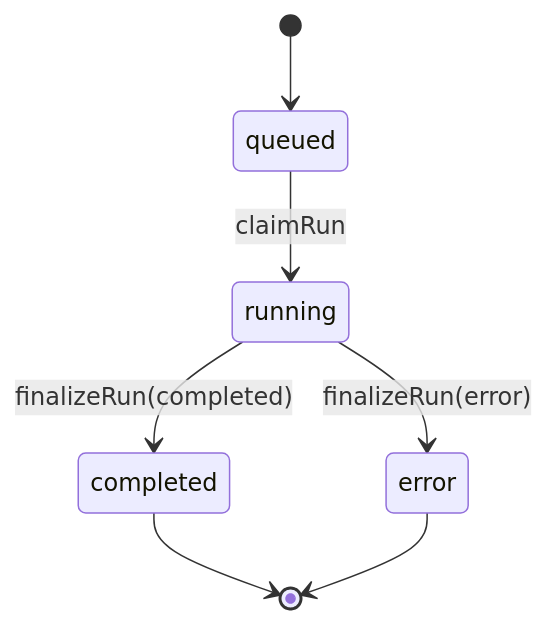
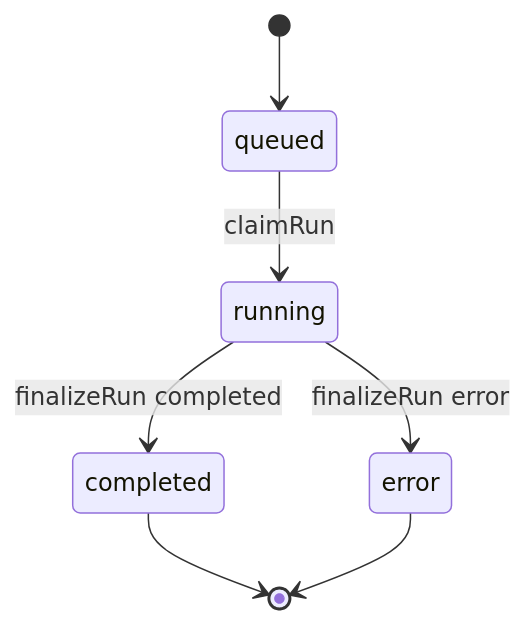
The sixth of 6 diagrams in README.md (AN-SWAPNIL/AgenticAI-Assignment), drawn with Mermaid before and after one commit. The commit also changed other lines of this file and 1 other file, not shown here.

````diff
--- a/README.md
+++ b/README.md
@@ -213,9 +209,9 @@
 ```mermaid
 stateDiagram-v2
   [*] --> queued
   queued --> running: claimRun
-  running --> completed: finalizeRun(completed)
-  running --> error: finalizeRun(error)
+  running --> completed: finalizeRun completed
+  running --> error: finalizeRun error
   completed --> [*]
   error --> [*]
 ```
````
